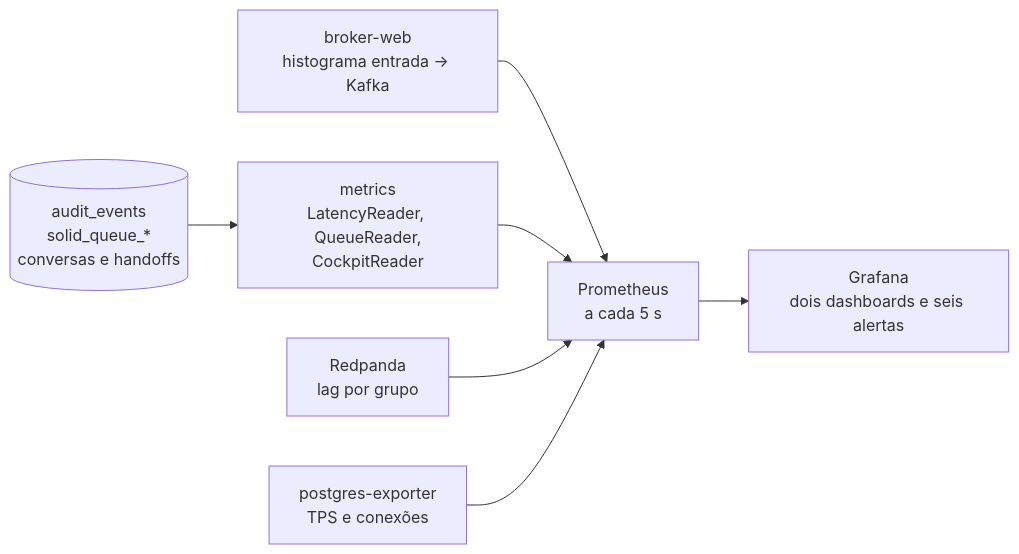
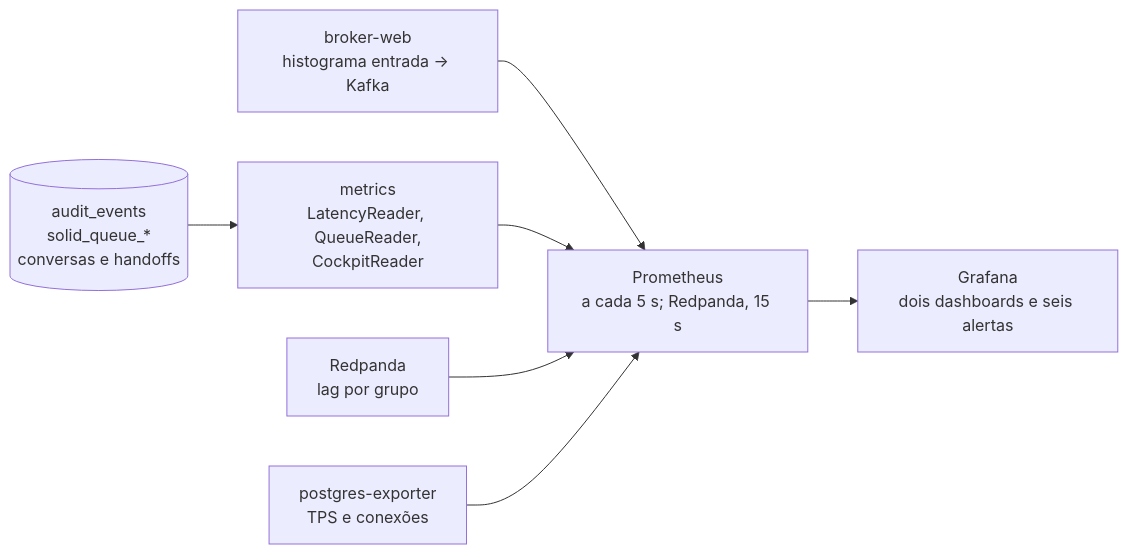
Before and after one commit to lcordeirokopke/Cloudesk: diagram 20 of 24 in documents/arquitetura.md, drawn with Mermaid. The commit also changed other lines of this file and 20 other files, not shown here.

````diff
--- a/documents/arquitetura.md
+++ b/documents/arquitetura.md
@@ -845,9 +848,9 @@
 ```mermaid
 flowchart LR
-    BW["broker-web<br/>histograma entrada → Kafka"] --> PROM["Prometheus<br/>a cada 5 s"]
+    BW["broker-web<br/>histograma entrada → Kafka"] --> PROM["Prometheus<br/>a cada 5 s; Redpanda, 15 s"]
     AE[("audit_events<br/>solid_queue_*<br/>conversas e handoffs")] --> MET["metrics<br/>LatencyReader, QueueReader,<br/>CockpitReader"]
     MET --> PROM
     RP["Redpanda<br/>lag por grupo"] --> PROM
     PEX["postgres-exporter<br/>TPS e conexões"] --> PROM
     PROM --> GR["Grafana<br/>dois dashboards e seis alertas"]
 ```
````
